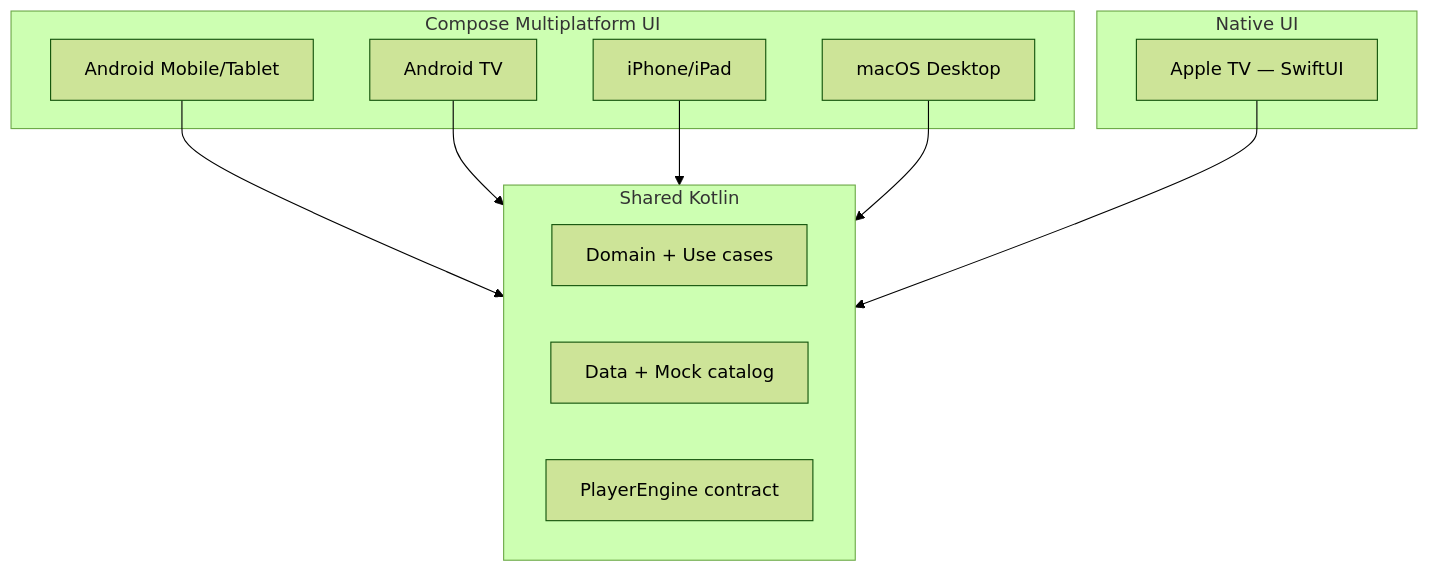
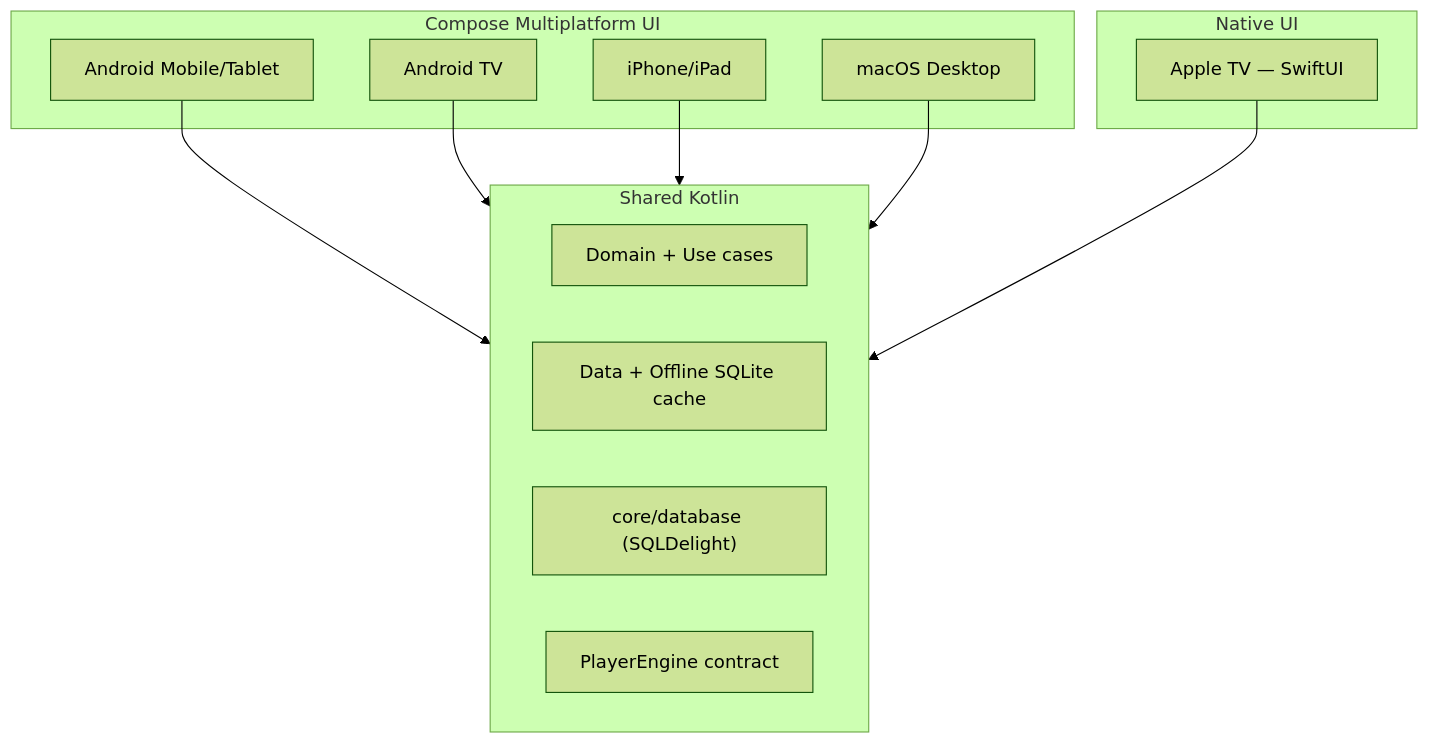
Before and after one commit to shyam1234/DemoComposeMultiPlatform: the diagram in README.md, drawn with Mermaid (forest theme). The commit also changed other lines of this file and 32 other files, not shown here.

Commit message:
Add SQLDelight offline database cache, persistent watchlist, and updated docs

````diff
--- a/README.md
+++ b/README.md
@@ -23,25 +24,26 @@
 ```mermaid
 flowchart TB
     subgraph CMP["Compose Multiplatform UI"]
         Phone["Android Mobile/Tablet"]
         ATV["Android TV"]
         iOS["iPhone/iPad"]
         Mac["macOS Desktop"]
     end
 
     subgraph Native["Native UI"]
         tvOS["Apple TV — SwiftUI"]
     end
 
     subgraph Shared["Shared Kotlin"]
         Domain["Domain + Use cases"]
-        Data["Data + Mock catalog"]
+        Data["Data + Offline SQLite cache"]
+        Database["core/database (SQLDelight)"]
         Player["PlayerEngine contract"]
     end
 
     Phone --> Shared
     ATV --> Shared
     iOS --> Shared
     Mac --> Shared
     tvOS --> Shared
 ```
````
